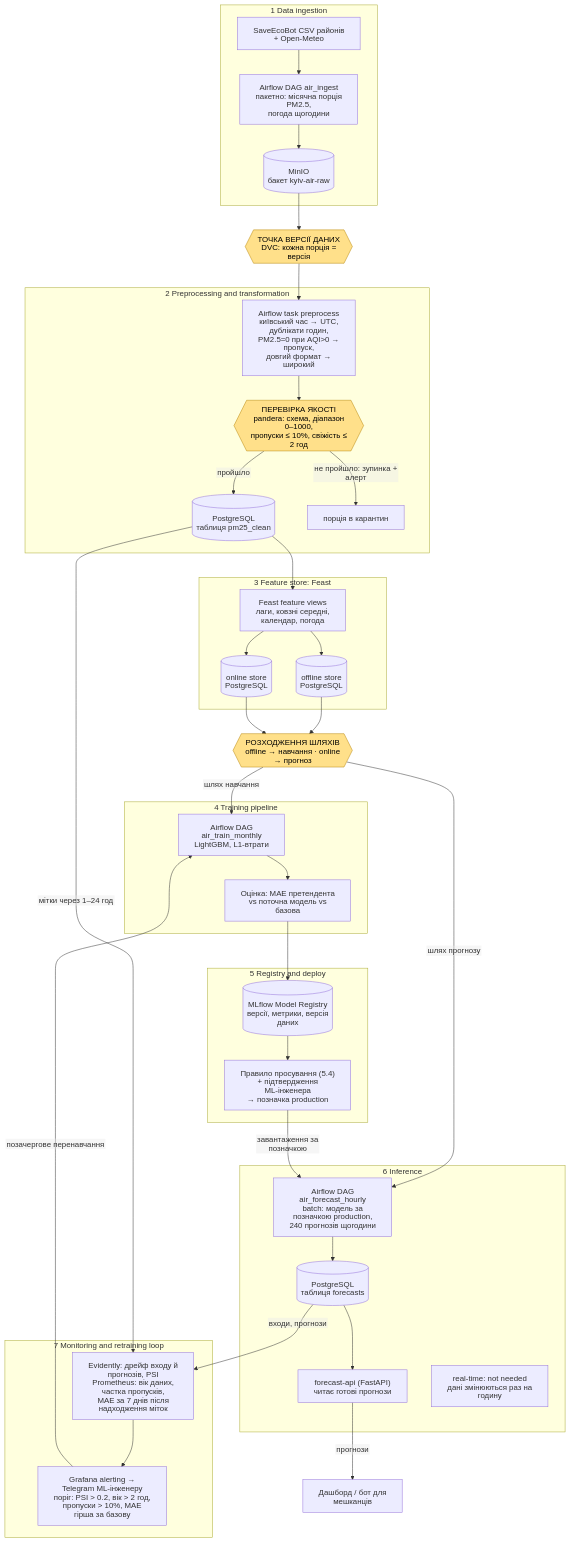
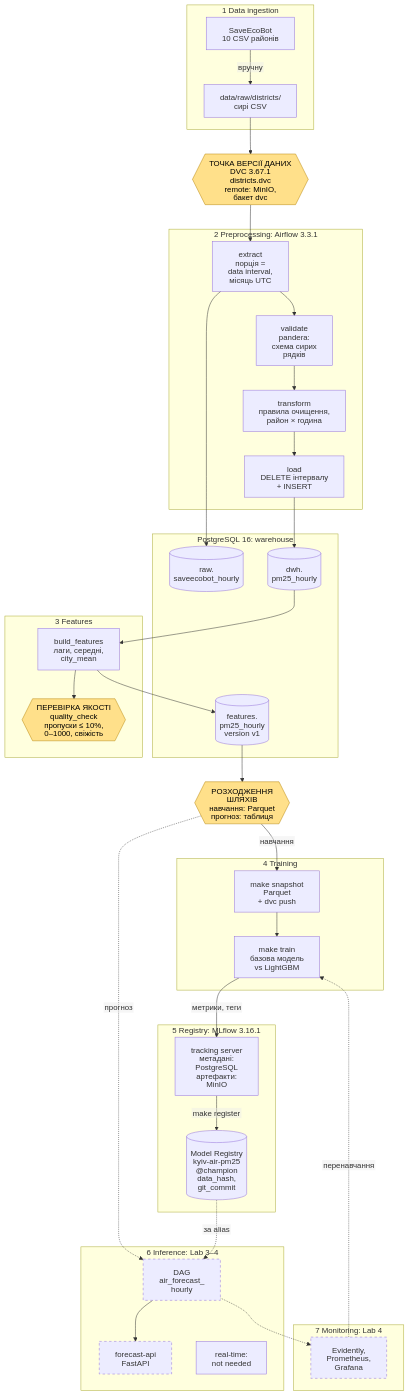
Before and after one commit to tpovshyk/mlops_kyiv-air-forecast: the second of 3 diagrams in docs/design.md, drawn with Mermaid. The commit also changed other lines of this file and 10 other files, not shown here.

Commit message:
Lab 2: документація, результати, скриншоти; виправлення reproduce і підрахунок правил очищення

````diff
--- a/docs/design.md
+++ b/docs/design.md
@@ -272,74 +335,74 @@
 ```mermaid
-%%{init: {'htmlLabels': false, 'flowchart': {'htmlLabels': false, 'padding': 16}, 'themeVariables': {'fontFamily': 'Arial, Helvetica, sans-serif'}}}%%
+%%{init: {'htmlLabels': false, 'markdownAutoWrap': false, 'flowchart': {'htmlLabels': false, 'padding': 16, 'wrappingWidth': 600}, 'themeVariables': {'fontFamily': 'Arial, Helvetica, sans-serif'}}}%%
 flowchart TB
     subgraph L1["1 Data ingestion"]
-        SRC["SaveEcoBot CSV районів<br/>+ Open-Meteo"]
-        ING["Airflow DAG air_ingest<br/>пакетно: місячна порція PM2.5,<br/>погода щогодини"]
-        RAW[("MinIO<br/>бакет kyiv-air-raw")]
-        SRC --> ING --> RAW
+        SRC["SaveEcoBot<br/>10 CSV районів"]
+        RAWF["data/raw/districts/<br/>сирі CSV"]
+        SRC -->|"вручну"| RAWF
     end
 
-    V1{{"ТОЧКА ВЕРСІЇ ДАНИХ<br/>DVC: кожна порція = версія"}}
+    V1{{"ТОЧКА ВЕРСІЇ ДАНИХ<br/>DVC 3.67.1<br/>districts.dvc<br/>remote: MinIO,<br/>бакет dvc"}}
 
-    subgraph L2["2 Preprocessing and transformation"]
-        PRE["Airflow task preprocess<br/>київський час → UTC, дублікати годин,<br/>PM2.5=0 при AQI>0 → пропуск,<br/>довгий формат → широкий"]
-        QG{{"ПЕРЕВІРКА ЯКОСТІ<br/>pandera: схема, діапазон 0–1000,<br/>пропуски ≤ 10%, свіжість ≤ 2 год"}}
-        CLEAN[("PostgreSQL<br/>таблиця pm25_clean")]
-        PRE --> QG -->|"пройшло"| CLEAN
-        QG -->|"не пройшло: зупинка + алерт"| STOP["порція в карантин"]
+    subgraph L2["2 Preprocessing: Airflow 3.3.1"]
+        EX["extract<br/>порція =<br/>data interval,<br/>місяць UTC"]
+        VA["validate<br/>pandera:<br/>схема сирих<br/>рядків"]
+        TF["transform<br/>правила очищення,<br/>район × година"]
+        LD["load<br/>DELETE інтервалу<br/>+ INSERT"]
+        EX --> VA --> TF --> LD
     end
 
-    subgraph L3["3 Feature store: Feast"]
-        FV["Feast feature views<br/>лаги, ковзні середні, календар, погода"]
-        OFF[("offline store<br/>PostgreSQL")]
-        ON[("online store<br/>PostgreSQL")]
-        FV --> OFF
-        FV --> ON
+    subgraph WH["PostgreSQL 16: warehouse"]
+        RAWT[("raw.<br/>saveecobot_hourly")]
+        DWH[("dwh.<br/>pm25_hourly")]
+        FT[("features.<br/>pm25_hourly<br/>version v1")]
     end
 
-    SPLIT{{"РОЗХОДЖЕННЯ ШЛЯХІВ<br/>offline → навчання · online → прогноз"}}
-
-    subgraph L4["4 Training pipeline"]
-        TR["Airflow DAG air_train_monthly<br/>LightGBM, L1-втрати"]
-        EV["Оцінка: MAE претендента<br/>vs поточна модель vs базова"]
-        TR --> EV
+    subgraph L3["3 Features"]
+        BF["build_features<br/>лаги, середні,<br/>city_mean"]
+        QG{{"ПЕРЕВІРКА ЯКОСТІ<br/>quality_check<br/>пропуски ≤ 10%,<br/>0–1000, свіжість"}}
+        BF --> QG
     end
 
-    subgraph L5["5 Registry and deploy"]
-        REG[("MLflow Model Registry<br/>версії, метрики, версія даних")]
-        PROMO["Правило просування (5.4)<br/>+ підтвердження ML-інженера<br/>→ позначка production"]
-        REG --> PROMO
+    SPLIT{{"РОЗХОДЖЕННЯ<br/>ШЛЯХІВ<br/>навчання: Parquet<br/>прогноз: таблиця"}}
+
+    subgraph L4["4 Training"]
+        SNAP["make snapshot<br/>Parquet<br/>+ dvc push"]
+        TR["make train<br/>базова модель<br/>vs LightGBM"]
+        SNAP --> TR
     end
 
-    subgraph L6["6 Inference"]
-        BATCH["Airflow DAG air_forecast_hourly<br/>batch: модель за позначкою production,<br/>240 прогнозів щогодини"]
-        FTAB[("PostgreSQL<br/>таблиця forecasts")]
-        API["forecast-api (FastAPI)<br/>читає готові прогнози"]
-        RT["real-time: not needed<br/>дані змінюються раз на годину"]
-        BATCH --> FTAB --> API
+    subgraph L5["5 Registry: MLflow 3.16.1"]
+        TRK["tracking server<br/>метадані:<br/>PostgreSQL<br/>артефакти:<br/>MinIO"]
+        REG[("Model Registry<br/>kyiv-air-pm25<br/>@champion<br/>data_hash,<br/>git_commit")]
+        TRK -->|"make register"| REG
     end
 
-    CONS["Дашборд / бот для мешканців"]
-
-    subgraph L7["7 Monitoring and retraining loop"]
-        MON["Evidently: дрейф входу й прогнозів, PSI<br/>Prometheus: вік даних, частка пропусків,<br/>MAE за 7 днів після надходження міток"]
-        ALR["Grafana alerting → Telegram ML-інженеру<br/>поріг: PSI > 0.2, вік > 2 год,<br/>пропуски > 10%, MAE гірша за базову"]
-        MON --> ALR
+    subgraph L6["6 Inference: Lab 3–4"]
+        BATCH["DAG<br/>air_forecast_<br/>hourly"]
+        API["forecast-api<br/>FastAPI"]
+        RT["real-time:<br/>not needed"]
+        BATCH --> API
     end
 
-    RAW --> V1 --> PRE
-    CLEAN --> FV
-    OFF --> SPLIT
-    ON --> SPLIT
-    SPLIT -->|"шлях навчання"| TR
-    SPLIT -->|"шлях прогнозу"| BATCH
-    EV --> REG
-    PROMO -->|"завантаження за позначкою"| BATCH
-    API -->|"прогнози"| CONS
-    FTAB -->|"входи, прогнози"| MON
-    CLEAN -->|"мітки через 1–24 год"| MON
-    ALR -->|"позачергове перенавчання"| TR
+    subgraph L7["7 Monitoring: Lab 4"]
+        MON["Evidently,<br/>Prometheus,<br/>Grafana"]
+    end
+
+    RAWF --> V1 --> EX
+    EX --> RAWT
+    LD --> DWH
+    DWH --> BF
+    BF --> FT
+    FT --> SPLIT
+    SPLIT -->|"навчання"| SNAP
+    SPLIT -.->|"прогноз"| BATCH
+    TR -->|"метрики, теги"| TRK
+    REG -.->|"за alias"| BATCH
+    BATCH -.-> MON
+    MON -.->|"перенавчання"| TR
 
     classDef mark fill:#ffe08a,stroke:#b8860b,color:#000,font-weight:bold
+    classDef todo stroke-dasharray: 5 5
     class V1,QG,SPLIT mark
+    class BATCH,API,MON todo
 ```
````
